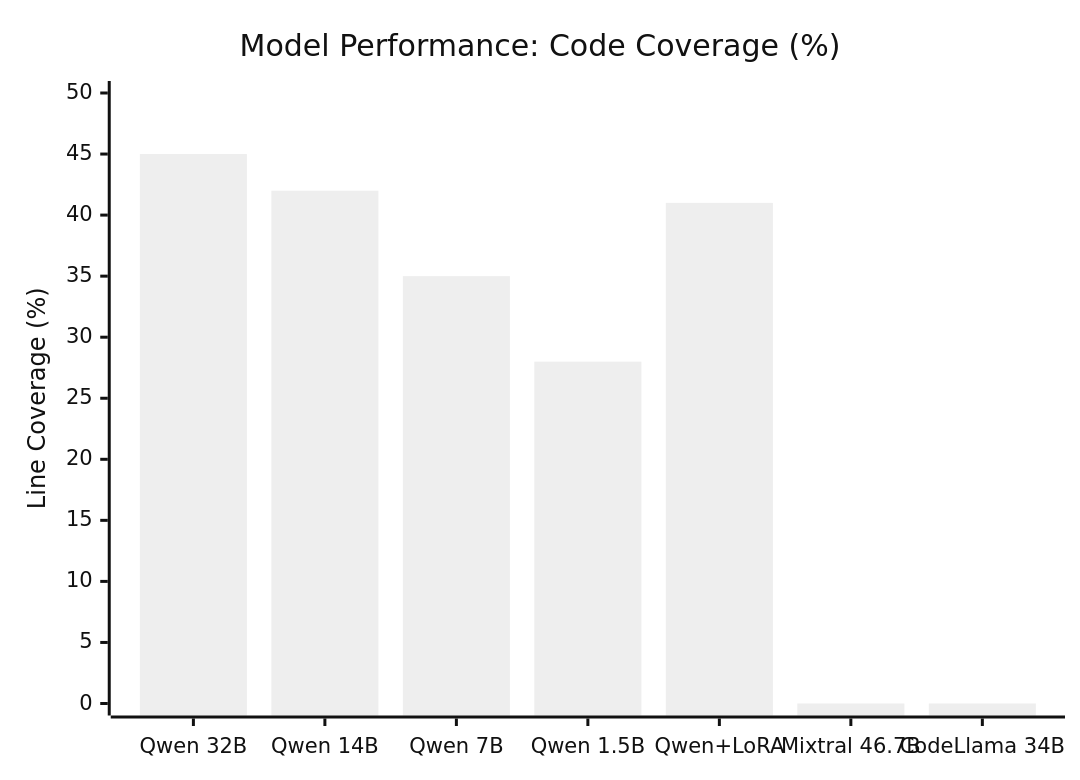
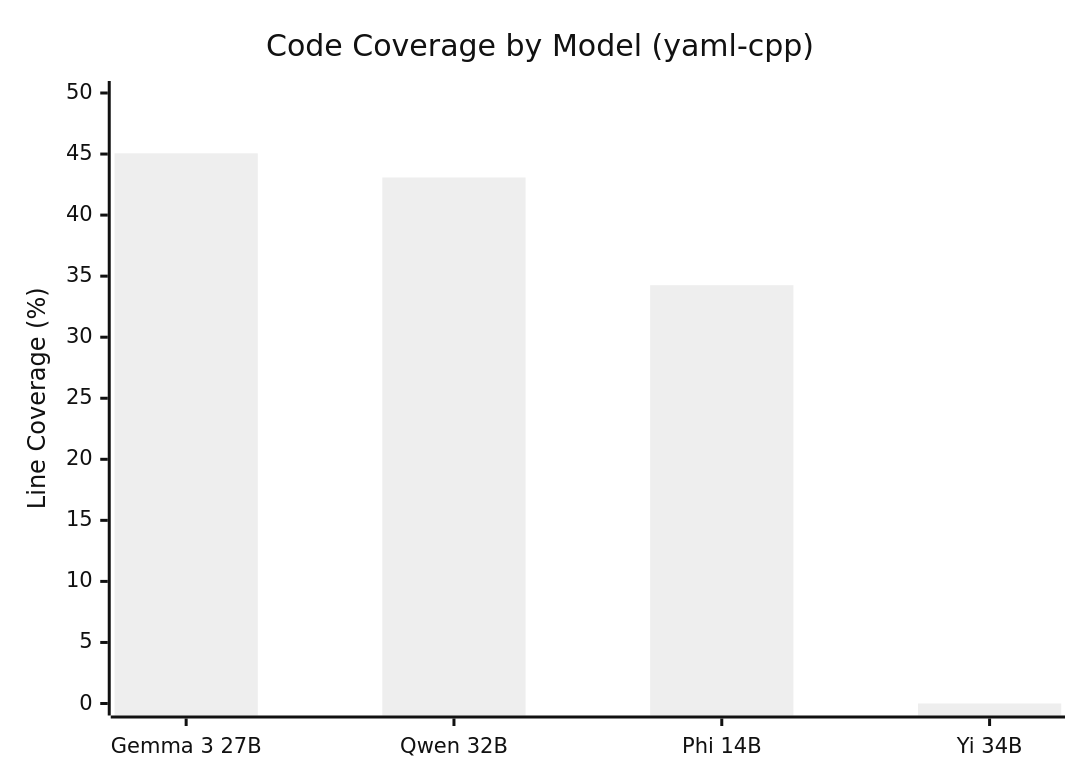
Before and after one commit to abrar0205/temp_thesis: the first of 4 diagrams in Chapter_5_Experimental_Results.md, drawn with Mermaid. The commit also changed other lines of this file, not shown here.

````diff
--- a/Chapter_5_Experimental_Results.md
+++ b/Chapter_5_Experimental_Results.md
@@ -120,8 +139,8 @@
 ```mermaid
 %%{init: {'theme': 'neutral'}}%%
 xychart-beta
-    title "Model Performance: Code Coverage (%)"
-    x-axis ["Qwen 32B", "Qwen 14B", "Qwen 7B", "Qwen 1.5B", "Qwen+LoRA", "Mixtral 46.7B", "CodeLlama 34B"]
+    title "Code Coverage by Model (yaml-cpp)"
+    x-axis ["Gemma 3 27B", "Qwen 32B", "Phi 14B", "Yi 34B"]
     y-axis "Line Coverage (%)" 0 --> 50
-    bar [45, 42, 35, 28, 41, 0, 0]
+    bar [45.06, 43.08, 34.26, 0]
 ```
````
